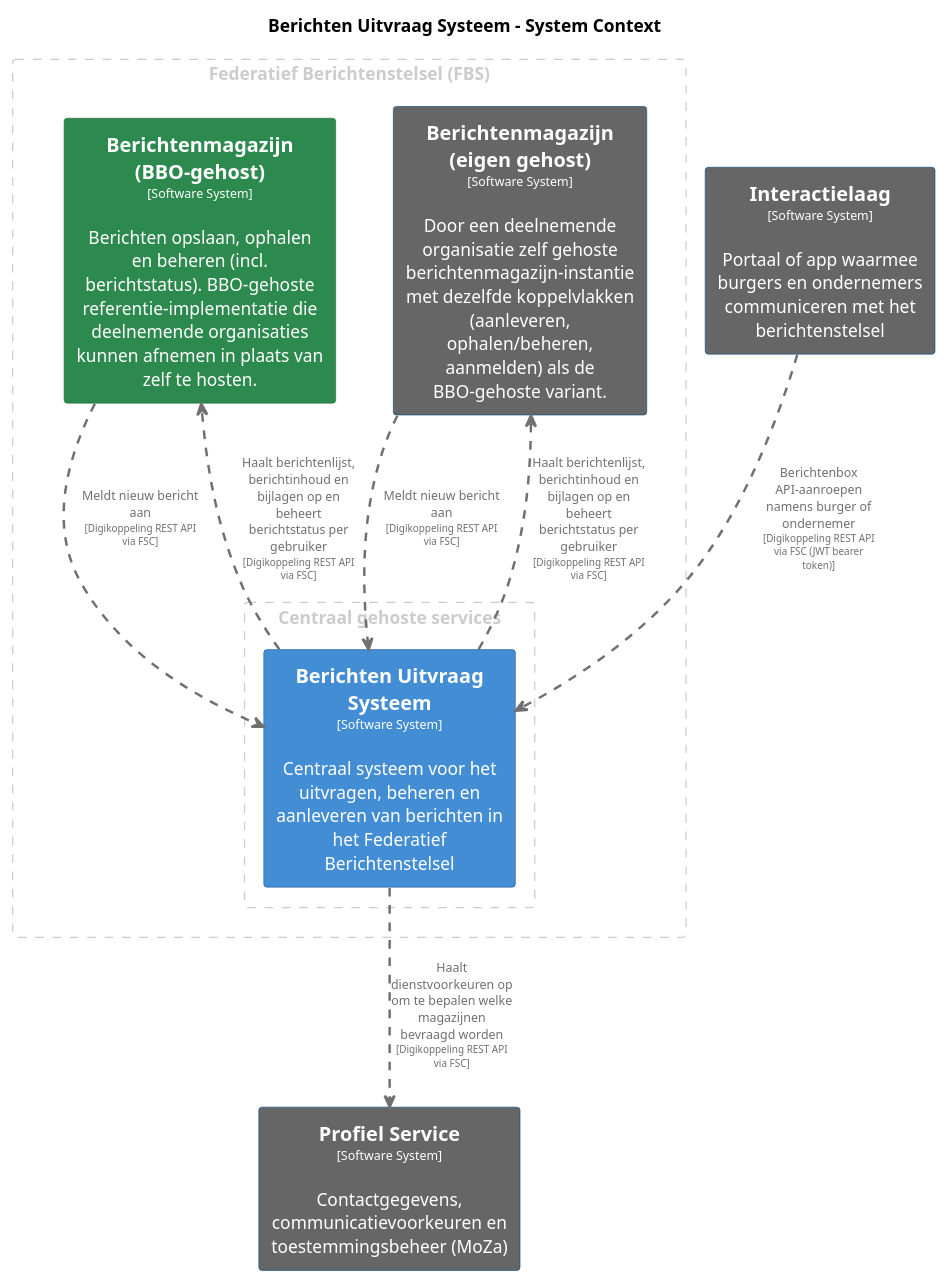
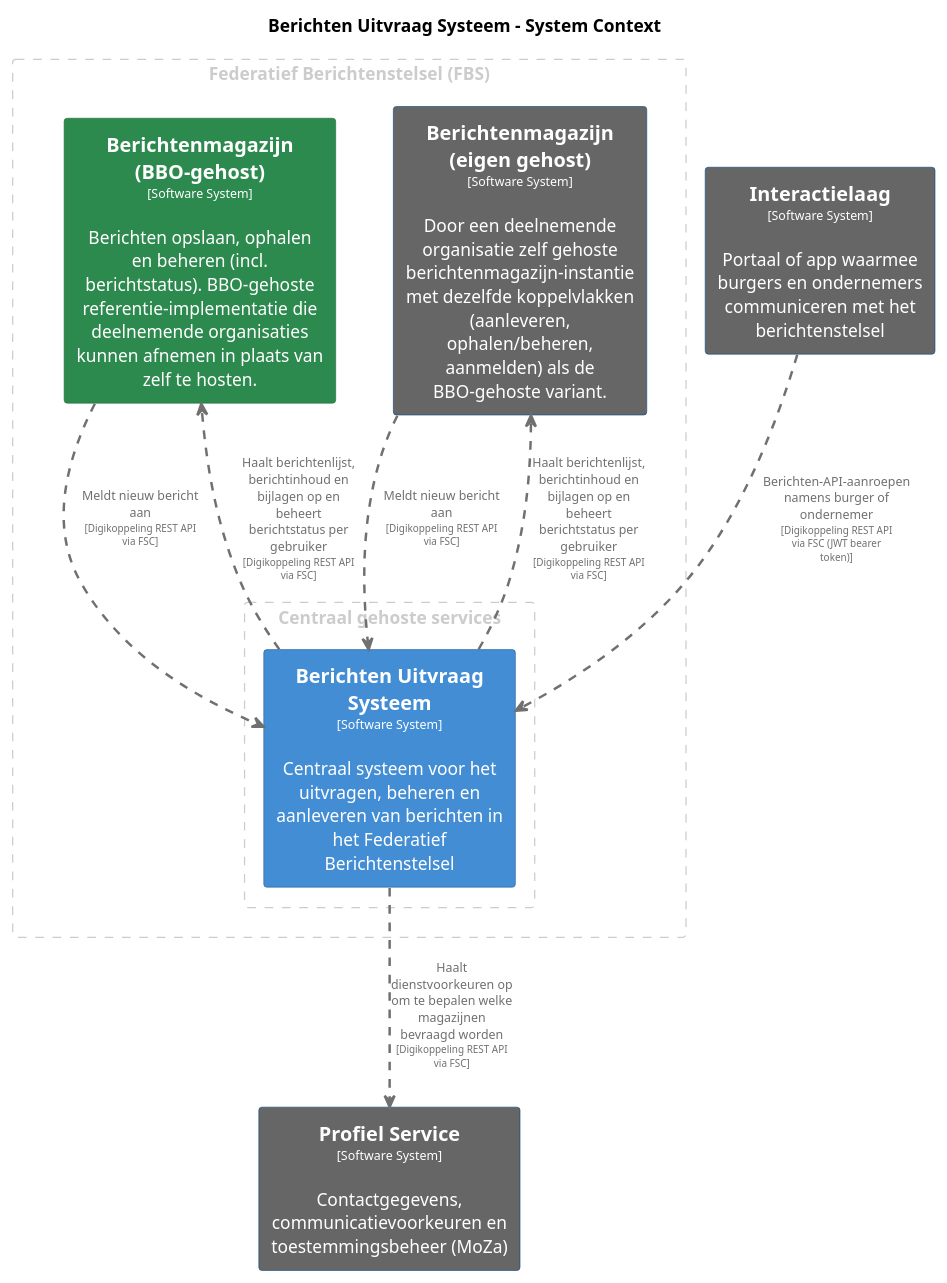
One commit to MinBZK/moza-poc-fbs-berichtenbox changed the diagram in master/puml/BerichtenUitvraagSysteem.puml. Above: the diagram before and after it, drawn with PlantUML. The commit also changed 29 other files, not shown here.

```diff
--- a/master/puml/BerichtenUitvraagSysteem.puml
+++ b/master/puml/BerichtenUitvraagSysteem.puml
@@ -1,75 +1,75 @@
 @startuml
 set separator none
 title Berichten Uitvraag Systeem - System Context
 
 top to bottom direction
 skinparam ranksep 60
 skinparam nodesep 30
 
 skinparam {
   arrowFontSize 10
   defaultTextAlignment center
   wrapWidth 200
   maxMessageSize 100
 }
 
 hide stereotype
 
 skinparam rectangle<<BerichtenUitvraagSysteem>> {
   BackgroundColor #438dd5
   FontColor #ffffff
   BorderColor #2e6295
   shadowing false
 }
 skinparam rectangle<<BerichtenmagazijnBBOgehost>> {
   BackgroundColor #2d8a4e
   FontColor #ffffff
   BorderColor #1e6b38
   shadowing false
 }
 skinparam rectangle<<Berichtenmagazijneigengehost>> {
   BackgroundColor #666666
   FontColor #ffffff
   BorderColor #0b4884
   shadowing false
 }
 skinparam rectangle<<Interactielaag>> {
   BackgroundColor #666666
   FontColor #ffffff
   BorderColor #0b4884
   shadowing false
 }
 skinparam rectangle<<ProfielService>> {
   BackgroundColor #666666
   FontColor #ffffff
   BorderColor #0b4884
   shadowing false
 }
 
 rectangle "Federatief Berichtenstelsel (FBS)" <<group1>> as group1 {
   skinparam RectangleBorderColor<<group1>> #cccccc
   skinparam RectangleFontColor<<group1>> #cccccc
   skinparam RectangleBorderStyle<<group1>> dashed
 
   rectangle "==Berichtenmagazijn (eigen gehost)\n<size:10>[Software System]</size>\n\nDoor een deelnemende organisatie zelf gehoste berichtenmagazijn-instantie met dezelfde koppelvlakken (aanleveren, ophalen/beheren, aanmelden) als de BBO-gehoste variant." <<Berichtenmagazijneigengehost>> as Berichtenmagazijneigengehost
   rectangle "==Berichtenmagazijn (BBO-gehost)\n<size:10>[Software System]</size>\n\nBerichten opslaan, ophalen en beheren (incl. berichtstatus). BBO-gehoste referentie-implementatie die deelnemende organisaties kunnen afnemen in plaats van zelf te hosten." <<BerichtenmagazijnBBOgehost>> as BerichtenmagazijnBBOgehost
     rectangle "Centraal gehoste services" <<group2>> as group2 {
       skinparam RectangleBorderColor<<group2>> #cccccc
       skinparam RectangleFontColor<<group2>> #cccccc
       skinparam RectangleBorderStyle<<group2>> dashed
 
       rectangle "==Berichten Uitvraag Systeem\n<size:10>[Software System]</size>\n\nCentraal systeem voor het uitvragen, beheren en aanleveren van berichten in het Federatief Berichtenstelsel" <<BerichtenUitvraagSysteem>> as BerichtenUitvraagSysteem
     }
 
 }
 
 rectangle "==Profiel Service\n<size:10>[Software System]</size>\n\nContactgegevens, communicatievoorkeuren en toestemmingsbeheer (MoZa)" <<ProfielService>> as ProfielService
 rectangle "==Interactielaag\n<size:10>[Software System]</size>\n\nPortaal of app waarmee burgers en ondernemers communiceren met het berichtenstelsel" <<Interactielaag>> as Interactielaag
 
-Interactielaag .[#707070,thickness=2].> BerichtenUitvraagSysteem : "<color:#707070>Berichtenbox API-aanroepen namens burger of ondernemer\n<color:#707070><size:8>[Digikoppeling REST API via FSC (JWT bearer token)]</size>"
+Interactielaag .[#707070,thickness=2].> BerichtenUitvraagSysteem : "<color:#707070>Berichten-API-aanroepen namens burger of ondernemer\n<color:#707070><size:8>[Digikoppeling REST API via FSC (JWT bearer token)]</size>"
 BerichtenUitvraagSysteem .[#707070,thickness=2].> BerichtenmagazijnBBOgehost : "<color:#707070>Haalt berichtenlijst, berichtinhoud en bijlagen op en beheert berichtstatus per gebruiker\n<color:#707070><size:8>[Digikoppeling REST API via FSC]</size>"
 BerichtenUitvraagSysteem .[#707070,thickness=2].> Berichtenmagazijneigengehost : "<color:#707070>Haalt berichtenlijst, berichtinhoud en bijlagen op en beheert berichtstatus per gebruiker\n<color:#707070><size:8>[Digikoppeling REST API via FSC]</size>"
 BerichtenmagazijnBBOgehost .[#707070,thickness=2].> BerichtenUitvraagSysteem : "<color:#707070>Meldt nieuw bericht aan\n<color:#707070><size:8>[Digikoppeling REST API via FSC]</size>"
 Berichtenmagazijneigengehost .[#707070,thickness=2].> BerichtenUitvraagSysteem : "<color:#707070>Meldt nieuw bericht aan\n<color:#707070><size:8>[Digikoppeling REST API via FSC]</size>"
 BerichtenUitvraagSysteem .[#707070,thickness=2].> ProfielService : "<color:#707070>Haalt dienstvoorkeuren op om te bepalen welke magazijnen bevraagd worden\n<color:#707070><size:8>[Digikoppeling REST API via FSC]</size>"
 @enduml
```
